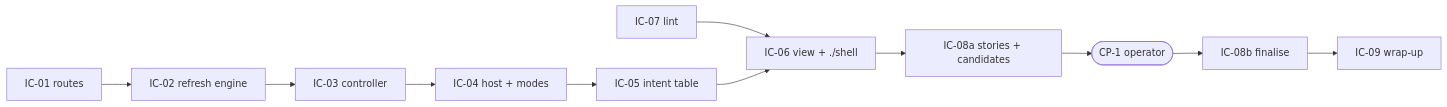
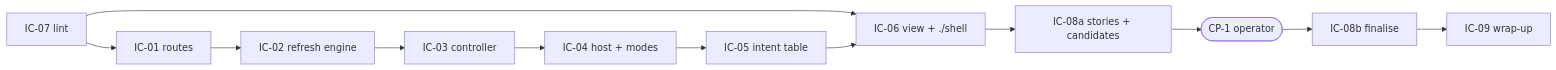
One commit to MOES-Media/kitty-mission-ui changed the second of 2 diagrams in kitty-specs/mission-shell-01M50D2J/plan.md. Above: the diagram before and after it, drawn with Mermaid. The commit also changed other lines of this file and 2 other files, not shown here.

````diff
--- a/kitty-specs/mission-shell-01M50D2J/plan.md
+++ b/kitty-specs/mission-shell-01M50D2J/plan.md
@@ -478,5 +478,6 @@
 ```mermaid
 flowchart LR
   IC07[IC-07 lint] --> IC06
+  IC07 --> IC01
   IC01[IC-01 routes] --> IC02[IC-02 refresh engine] --> IC03[IC-03 controller] --> IC04[IC-04 host + modes] --> IC05[IC-05 intent table] --> IC06[IC-06 view + ./shell] --> IC08a[IC-08a stories + candidates] --> CP1([CP-1 operator]) --> IC08b[IC-08b finalise] --> IC09[IC-09 wrap-up]
 ```
````
